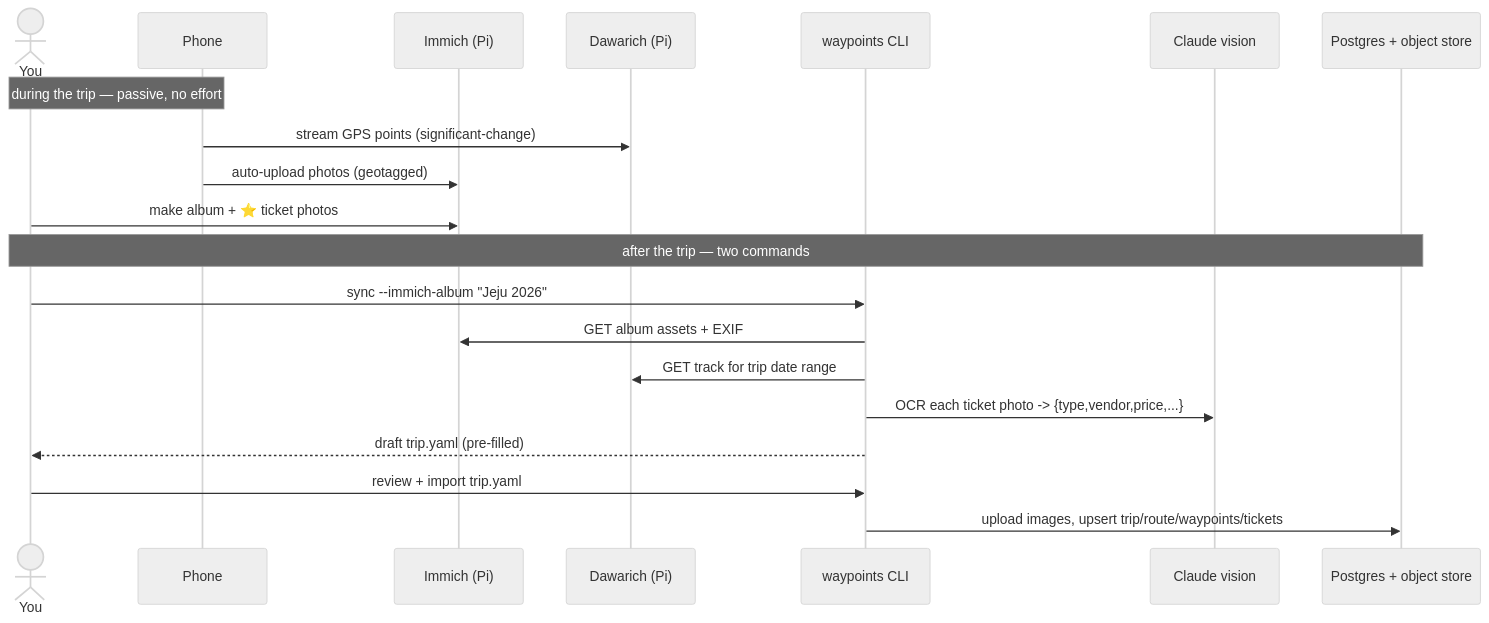
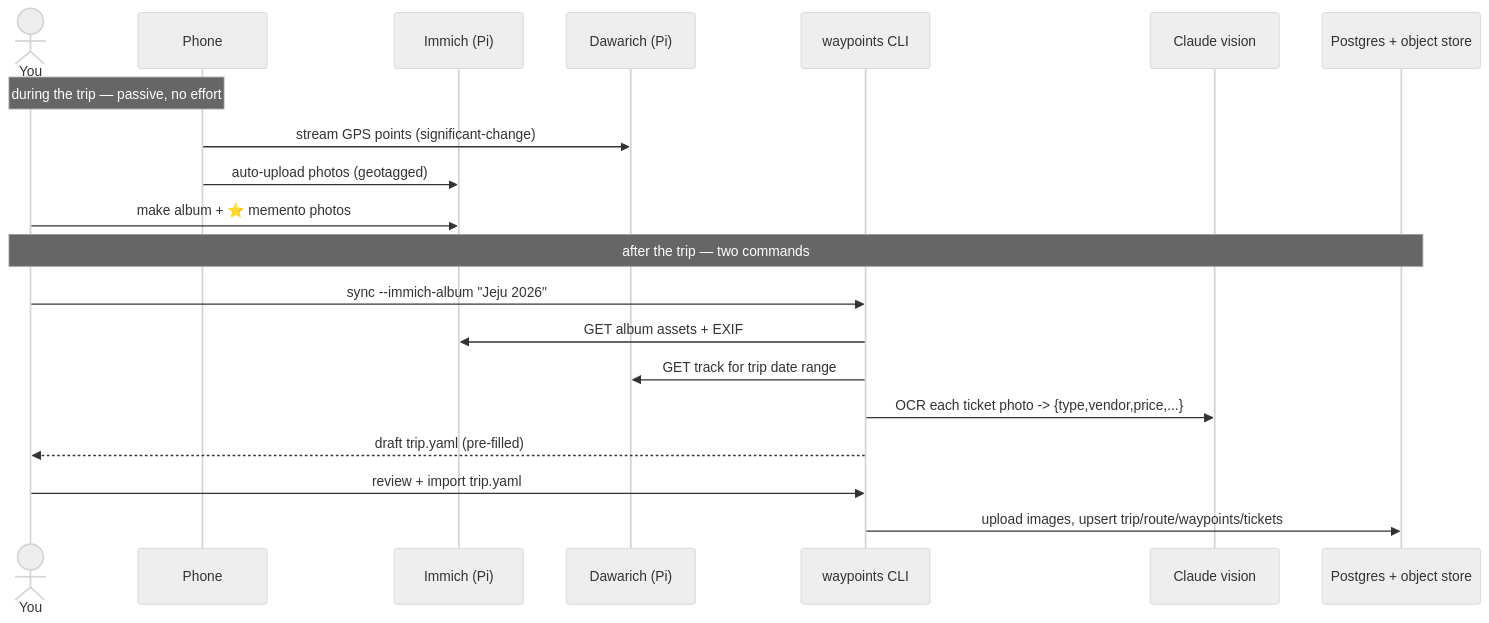
One commit to azusachino/felicia changed the second of 7 diagrams in docs/research/ingestion-workflows.md. Above: the diagram before and after it, drawn with Mermaid (neutral theme). The commit also changed other lines of this file and 6 other files, not shown here.

````diff
--- a/docs/research/ingestion-workflows.md
+++ b/docs/research/ingestion-workflows.md
@@ -77,23 +77,23 @@
 ```mermaid
 sequenceDiagram
   actor You
   participant Phone
   participant Immich as Immich (Pi)
   participant Dawarich as Dawarich (Pi)
   participant CLI as waypoints CLI
   participant LLM as Claude vision
   participant Store as Postgres + object store
 
   Note over You,Phone: during the trip — passive, no effort
   Phone->>Dawarich: stream GPS points (significant-change)
   Phone->>Immich: auto-upload photos (geotagged)
-  You->>Immich: make album + ⭐ ticket photos
+  You->>Immich: make album + ⭐ memento photos
   Note over You,Store: after the trip — two commands
   You->>CLI: sync --immich-album "Jeju 2026"
   CLI->>Immich: GET album assets + EXIF
   CLI->>Dawarich: GET track for trip date range
   CLI->>LLM: OCR each ticket photo -> {type,vendor,price,...}
   CLI-->>You: draft trip.yaml (pre-filled)
   You->>CLI: review + import trip.yaml
   CLI->>Store: upload images, upsert trip/route/waypoints/tickets
 ```
````
